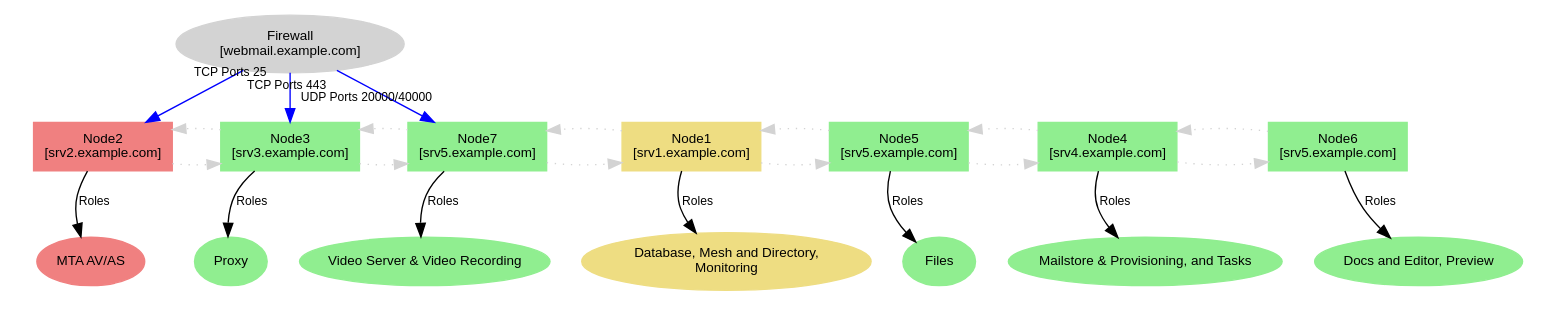
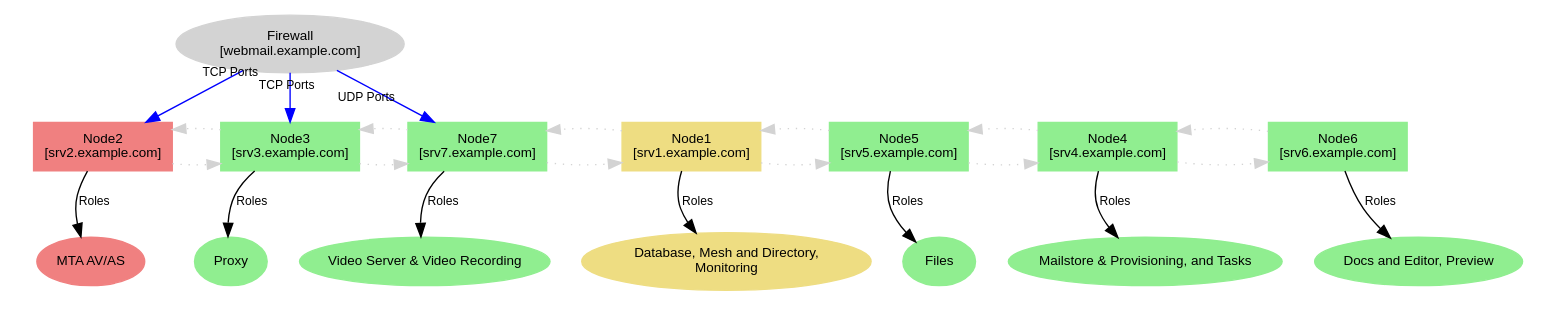
One commit to zextras/tech-doc changed the diagram in source/carbonio/install/scenarios/fullstandard/fullstandard.dot. Above: the diagram before and after it, drawn with Graphviz. The commit also changed 3 other files, not shown here.

```diff
--- a/source/carbonio/install/scenarios/fullstandard/fullstandard.dot
+++ b/source/carbonio/install/scenarios/fullstandard/fullstandard.dot
@@ -1,128 +1,128 @@
 digraph NetworkWithPortForwarding {
     rankdir=TB;
     node [shape=box, style=filled, fontname="Arial", fontsize=10];
 
     // Firewall node
     "Firewall" [label="Firewall\n[webmail.example.com]", shape=ellipse, style=filled, color=lightgrey];
 
     "Node1 (Server)" [label="Node1 \n[srv1.example.com]", shape=box, style=filled, color=lightgoldenrod];
 
     subgraph cluster_roles_node1 {
         label = ""; // Remove default cluster label
         color = none; // Remove box boundary
 
         "RolesNode1" [label="Database, Mesh and Directory,\nMonitoring", 
                       shape=ellipse, style=filled, color=lightgoldenrod, fontname="Arial", fontsize=10];
     }
 
     "Node2 (Server)" [label="Node2 \n[srv2.example.com]", shape=box, style=filled, color=lightcoral];
 
     subgraph cluster_roles_node2 {
         label = ""; // Remove default cluster label
         color = none; // Remove box boundary
 
         "RolesNode2" [label="MTA AV/AS", 
                       shape=ellipse, style=filled, color=lightcoral, fontname="Arial", fontsize=10];
     }
 
     "Node3 (Server)" [label="Node3 \n[srv3.example.com]", shape=box, style=filled, color=lightgreen];
 
     subgraph cluster_roles_node3 {
         label = ""; // Remove default cluster label
         color = none; // Remove box boundary
 
         "RolesNode3" [label="Proxy", 
                       shape=ellipse, style=filled, color=lightgreen, fontname="Arial", fontsize=10];
     }
 
    "Node4 (Server)" [label="Node4 \n[srv4.example.com]", shape=box, style=filled, color=lightgreen];
 
     subgraph cluster_roles_node4 {
         label = ""; // Remove default cluster label
         color = none; // Remove box boundary
 
         "RolesNode4" [label="Mailstore & Provisioning, and Tasks", 
                       shape=ellipse, style=filled, color=lightgreen, fontname="Arial", fontsize=10];
     }
 
    "Node5 (Server)" [label="Node5 \n[srv5.example.com]", shape=box, style=filled, color=lightgreen];
 
     subgraph cluster_roles_node5 {
         label = ""; // Remove default cluster label
         color = none; // Remove box boundary
 
         "RolesNode5" [label="Files", 
                       shape=ellipse, style=filled, color=lightgreen, fontname="Arial", fontsize=10];
     }
 
-    "Node6 (Server)" [label="Node6 \n[srv5.example.com]", shape=box, style=filled, color=lightgreen];
+    "Node6 (Server)" [label="Node6 \n[srv6.example.com]", shape=box, style=filled, color=lightgreen];
 
     subgraph cluster_roles_node6 {
         label = ""; // Remove default cluster label
         color = none; // Remove box boundary
 
         "RolesNode6" [label=" Docs and Editor, Preview", 
                       shape=ellipse, style=filled, color=lightgreen, fontname="Arial", fontsize=10];
     }
 
-    "Node7 (Server)" [label="Node7 \n[srv5.example.com]", shape=box, style=filled, color=lightgreen];
+    "Node7 (Server)" [label="Node7 \n[srv7.example.com]", shape=box, style=filled, color=lightgreen];
 
     subgraph cluster_roles_node7 {
         label = ""; // Remove default cluster label
         color = none; // Remove box boundary
 
         "RolesNode7" [label="Video Server & Video Recording", 
                       shape=ellipse, style=filled, color=lightgreen, fontname="Arial", fontsize=10];
     }
 
     // Rank constraints to place Firewall above other nodes
     { rank=min; "Firewall"; }
     { rank=same; "Node1 (Server)"; "Node2 (Server)"; "Node3 (Server)"; "Node4 (Server)"; "Node5 (Server)"; "Node6 (Server)"; "Node7 (Server)";}
 
     // Port forwarding arrows
-    "Firewall" -> "Node2 (Server)" [color=blue, taillabel="TCP Ports 25", labeldistance=1, labelangle=-15, fontname="Arial", fontsize=9];
-    "Firewall" -> "Node3 (Server)" [color=blue, taillabel="TCP Ports 443", labeldistance=1, labelangle=-15, fontname="Arial", fontsize=9];
-    "Firewall" -> "Node7 (Server)" [color=blue, taillabel="UDP Ports 20000/40000", labeldistance=3, labelangle=-15, fontname="Arial", fontsize=9];
+    "Firewall" -> "Node2 (Server)" [color=blue, taillabel="TCP Ports", labeldistance=1, labelangle=-15, fontname="Arial", fontsize=9];
+    "Firewall" -> "Node3 (Server)" [color=blue, taillabel="TCP Ports", labeldistance=1, labelangle=-15, fontname="Arial", fontsize=9];
+    "Firewall" -> "Node7 (Server)" [color=blue, taillabel="UDP Ports", labeldistance=3, labelangle=-15, fontname="Arial", fontsize=9];
 
 
     // Connect nodes to their respective roles with visible edges
     "Node1 (Server)" -> "RolesNode1" [label="Roles", color=black, fontname="Arial", fontsize=9];
     "Node2 (Server)" -> "RolesNode2" [label="Roles", color=black, fontname="Arial", fontsize=9];
     "Node3 (Server)" -> "RolesNode3" [label="Roles", color=black, fontname="Arial", fontsize=9];
     "Node4 (Server)" -> "RolesNode4" [label="Roles", color=black, fontname="Arial", fontsize=9];
     "Node5 (Server)" -> "RolesNode5" [label="Roles", color=black, fontname="Arial", fontsize=9];
     "Node6 (Server)" -> "RolesNode6" [label="Roles", color=black, fontname="Arial", fontsize=9];
     "Node7 (Server)" -> "RolesNode7" [label="Roles", color=black, fontname="Arial", fontsize=9];
 
 
     // Network-like connections between nodes using dashed lines (corrected to directed edges)
     "Node2 (Server)" -> "Node3 (Server)" [style=dotted, color=lightgrey];
     "Node3 (Server)" -> "Node2 (Server)" [style=dotted, color=lightgrey];
 
     "Node3 (Server)" -> "Node7 (Server)" [style=dotted, color=lightgrey];
     "Node7 (Server)" -> "Node3 (Server)" [style=dotted, color=lightgrey];
 
     "Node7 (Server)" -> "Node1 (Server)" [style=dotted, color=lightgrey];
     "Node1 (Server)" -> "Node7 (Server)" [style=dotted, color=lightgrey];
 
     "Node1 (Server)" -> "Node5 (Server)" [style=dotted, color=lightgrey];
     "Node5 (Server)" -> "Node1 (Server)" [style=dotted, color=lightgrey];
 
     "Node5 (Server)" -> "Node4 (Server)" [style=dotted, color=lightgrey];
     "Node4 (Server)" -> "Node5 (Server)" [style=dotted, color=lightgrey];
 
     "Node4 (Server)" -> "Node6 (Server)" [style=dotted, color=lightgrey];
     "Node6 (Server)" -> "Node4 (Server)" [style=dotted, color=lightgrey];
 
 
     // Connect nodes to their respective roles (invisible links for structure)
     "Node1 (Server)" -> "RolesNode1" [style=invis];
     "Node2 (Server)" -> "RolesNode2" [style=invis];
     "Node3 (Server)" -> "RolesNode3" [style=invis];
     "Node4 (Server)" -> "RolesNode4" [style=invis];
     "Node5 (Server)" -> "RolesNode5" [style=invis];
     "Node6 (Server)" -> "RolesNode6" [style=invis];
     "Node7 (Server)" -> "RolesNode7" [style=invis];
 
 
 }
```
